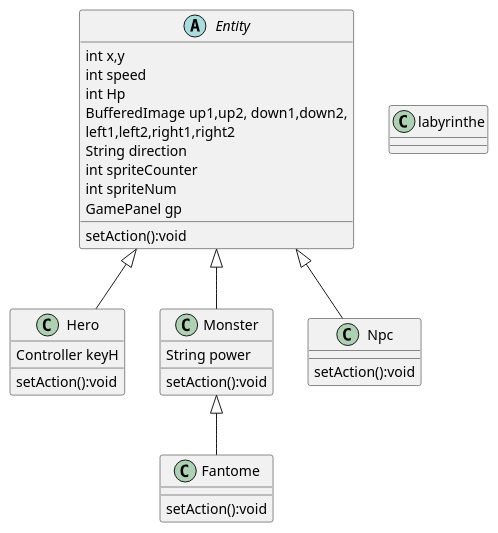
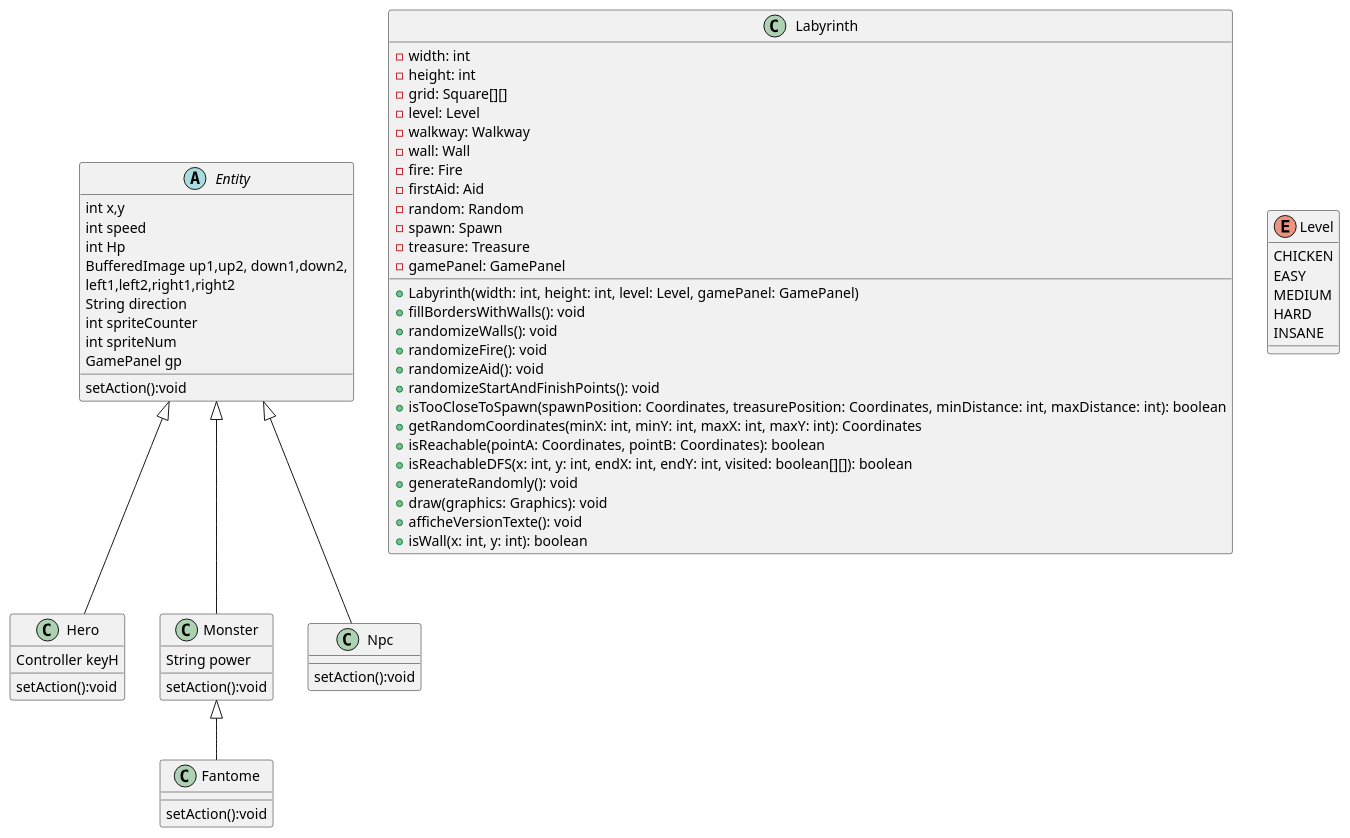
One commit to walidbrini/ACL-2023-UL-MAX changed the diagram in Documents/Diagramme de Classe.puml. Above: the diagram before and after it, drawn with PlantUML. The commit also changed other lines of this file and 1 other file, not shown here.

Commit message:
Add labyrinth diagram to .puml

```diff
--- a/Documents/Diagramme de Classe.puml
+++ b/Documents/Diagramme de Classe.puml
@@ -1,43 +1,79 @@
 @startuml
 'https://plantuml.com/sequence-diagram
 
 
 Entity <|--Hero
 Entity <|--Monster
 Entity <|--Npc
 Monster <|--Fantome
 
-class labyrinthe{
-}
 abstract class Entity {
 int x,y
 int speed
 int Hp
 BufferedImage up1,up2, down1,down2,
 left1,left2,right1,right2
 String direction
 int spriteCounter
 int spriteNum
 GamePanel gp
 setAction():void
 
 }
 
 class Hero {
 Controller keyH
 setAction():void
 }
 
 class Monster {
 String power
 setAction():void
 }
 
 class Fantome {
 setAction():void
 }
 class Npc{
 setAction():void
 }
 
+    class Labyrinth {
+        - width: int
+        - height: int
+        - grid: Square[][]
+        - level: Level
+        - walkway: Walkway
+        - wall: Wall
+        - fire: Fire
+        - firstAid: Aid
+        - random: Random
+        - spawn: Spawn
+        - treasure: Treasure
+        - gamePanel: GamePanel
+
+        + Labyrinth(width: int, height: int, level: Level, gamePanel: GamePanel)
+        + fillBordersWithWalls(): void
+        + randomizeWalls(): void
+        + randomizeFire(): void
+        + randomizeAid(): void
+        + randomizeStartAndFinishPoints(): void
+        + isTooCloseToSpawn(spawnPosition: Coordinates, treasurePosition: Coordinates, minDistance: int, maxDistance: int): boolean
+        + getRandomCoordinates(minX: int, minY: int, maxX: int, maxY: int): Coordinates
+        + isReachable(pointA: Coordinates, pointB: Coordinates): boolean
+        + isReachableDFS(x: int, y: int, endX: int, endY: int, visited: boolean[][]): boolean
+        + generateRandomly(): void
+        + draw(graphics: Graphics): void
+        + afficheVersionTexte(): void
+        + isWall(x: int, y: int): boolean
+    }
+
+    enum Level {
+        CHICKEN
+        EASY
+        MEDIUM
+        HARD
+        INSANE
+    }
+
 @enduml
```
